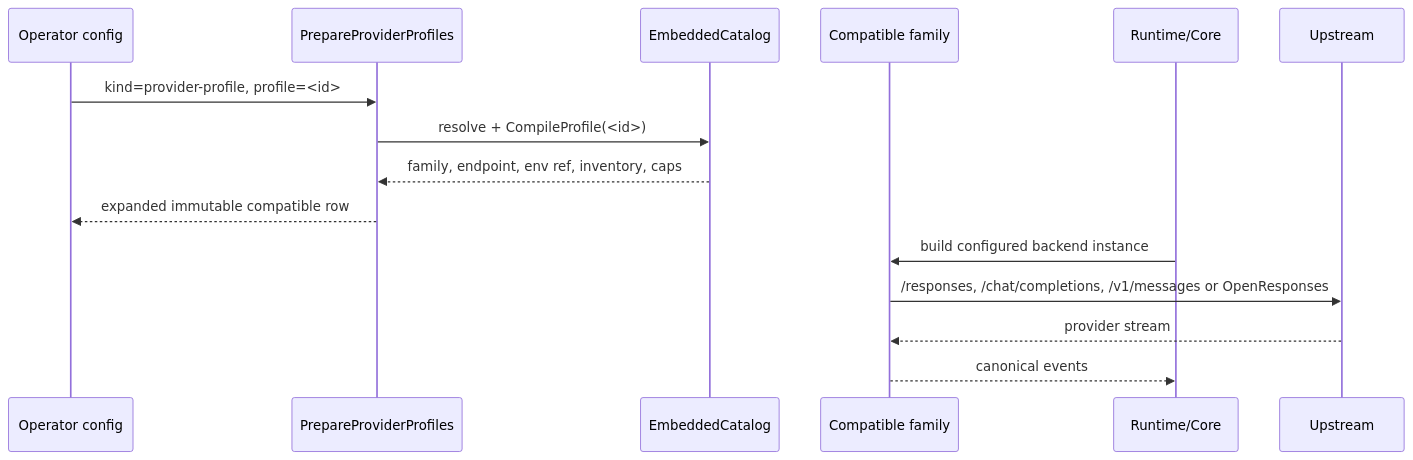
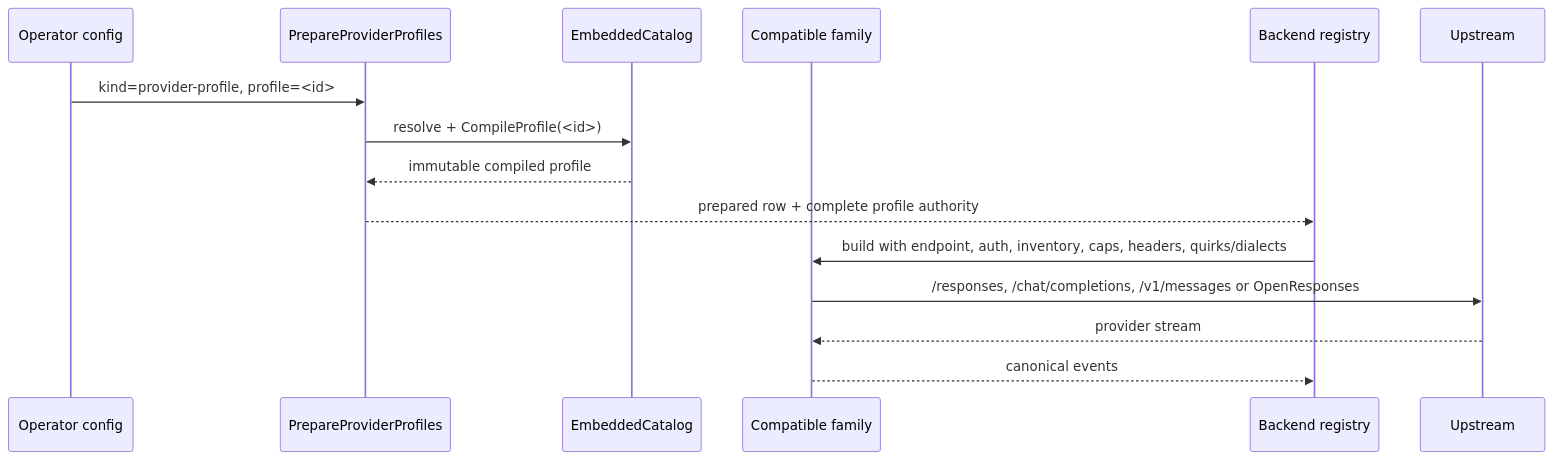
Before and after one commit to matdev83/go-llm-interactive-proxy: the third of 5 diagrams in .kiro/specs/bulk-inference-provider-expansion/design.md, drawn with Mermaid. The commit also changed other lines of this file and 4 other files, not shown here.

````diff
--- a/.kiro/specs/bulk-inference-provider-expansion/design.md
+++ b/.kiro/specs/bulk-inference-provider-expansion/design.md
@@ -425,18 +439,18 @@
 ```mermaid
 sequenceDiagram
     participant O as Operator config
     participant P as PrepareProviderProfiles
     participant C as EmbeddedCatalog
     participant F as Compatible family
-    participant R as Runtime/Core
+    participant R as Backend registry
     participant U as Upstream
 
     O->>P: kind=provider-profile, profile=<id>
     P->>C: resolve + CompileProfile(<id>)
-    C-->>P: family, endpoint, env ref, inventory, caps
-    P-->>O: expanded immutable compatible row
-    R->>F: build configured backend instance
+    C-->>P: immutable compiled profile
+    P-->>R: prepared row + complete profile authority
+    R->>F: build with endpoint, auth, inventory, caps, headers, quirks/dialects
     F->>U: /responses, /chat/completions, /v1/messages or OpenResponses
     U-->>F: provider stream
     F-->>R: canonical events
 ```
````
